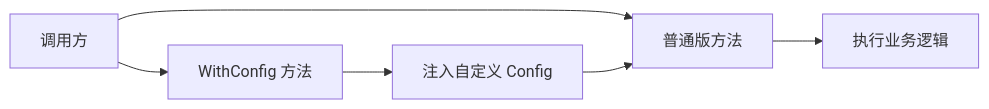
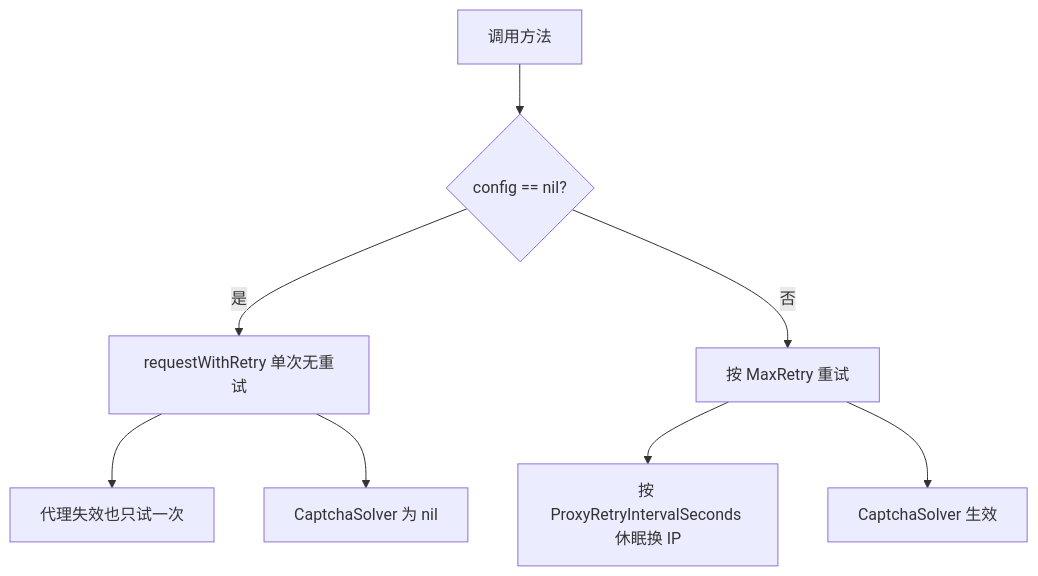
One commit to scagogogo/cnvd-skills changed the diagram in website/docs/api-cnvd-skills/withconfig-variants.md. Above: the diagram before and after it, drawn with Mermaid. The commit also changed other lines of this file and 59 other files, not shown here.

````diff
--- a/website/docs/api-cnvd-skills/withconfig-variants.md
+++ b/website/docs/api-cnvd-skills/withconfig-variants.md
@@ -13,8 +35,10 @@
 ```mermaid
-flowchart LR
-    C[调用方] --> N[普通版方法]
-    C --> W[WithConfig 方法]
-    W --> D[注入自定义 Config]
-    D --> N
-    N --> R[执行业务逻辑]
+flowchart TD
+    A[调用方法] --> B{config == nil?}
+    B -- 是 --> C[requestWithRetry 单次无重试]
+    B -- 否 --> D[按 MaxRetry 重试]
+    D --> E[按 ProxyRetryIntervalSeconds 休眠换 IP]
+    C --> F[代理失效也只试一次]
+    D --> G[CaptchaSolver 生效]
+    C --> H[CaptchaSolver 为 nil]
 ```
````
